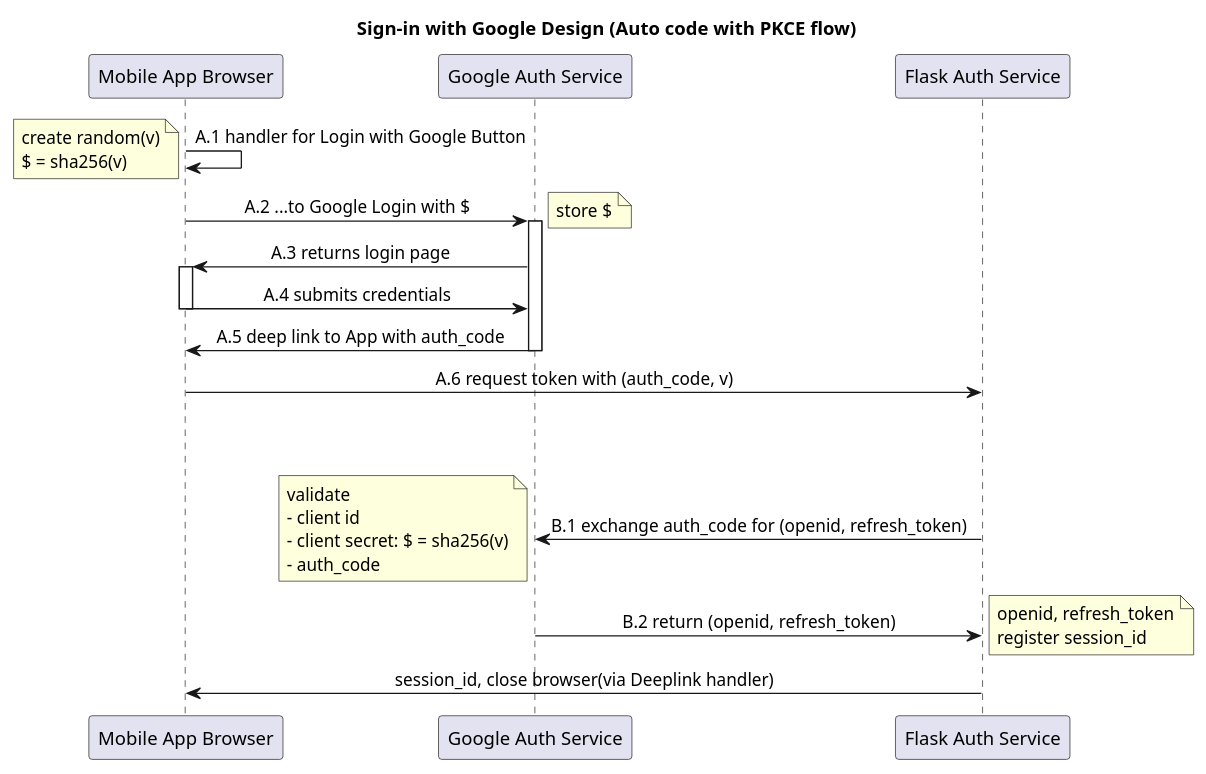
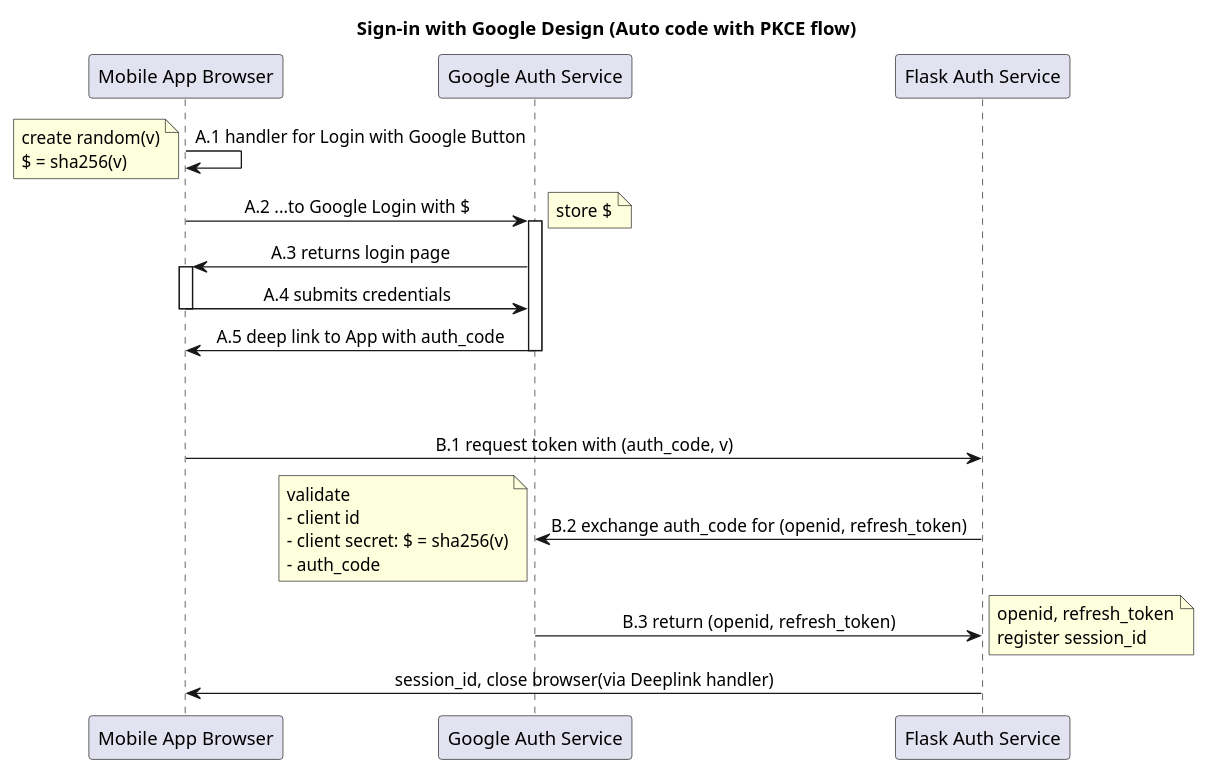
Before and after one commit to mkmojo/mkmojo.github.io: the diagram in img/user-auth-design/login-with-google.wsd, drawn with PlantUML. The commit also changed 1 other file, not shown here.

Commit message:
update OAuth OpenID Connect Diagram

```diff
--- a/img/user-auth-design/login-with-google.wsd
+++ b/img/user-auth-design/login-with-google.wsd
@@ -1,38 +1,38 @@
 @startuml
 skinparam SequenceMessageAlignment center
 
 title Sign-in with Google Design (Auto code with PKCE flow)
 "Mobile App Browser" -> "Mobile App Browser" : A.1 handler for Login with Google Button 
 note left
 create random(v)
 $ = sha256(v)
 end note
 
 "Mobile App Browser" -> "Google Auth Service": A.2 ...to Google Login with $
 activate "Google Auth Service"
 note right: store $
 "Mobile App Browser" <- "Google Auth Service": A.3 returns login page
 
 activate "Mobile App Browser"
 "Mobile App Browser" -> "Google Auth Service": A.4 submits credentials
 deactivate "Mobile App Browser"
 "Mobile App Browser" <- "Google Auth Service" : A.5 deep link to App with auth_code
 deactivate "Google Auth Service"
-"Mobile App Browser" -> "Flask Auth Service" : A.6 request token with (auth_code, v)
 |||
 |||
-"Flask Auth Service" -> "Google Auth Service": B.1 exchange auth_code for (openid, refresh_token)
+"Mobile App Browser" -> "Flask Auth Service" : B.1 request token with (auth_code, v)
+"Flask Auth Service" -> "Google Auth Service": B.2 exchange auth_code for (openid, refresh_token)
 note left
     validate 
     - client id
     - client secret: $ = sha256(v)
     - auth_code
 end note
-"Google Auth Service" -> "Flask Auth Service": B.2 return (openid, refresh_token)
+"Google Auth Service" -> "Flask Auth Service": B.3 return (openid, refresh_token)
 note right
     openid, refresh_token
     register session_id
 end note
 "Flask Auth Service" -> "Mobile App Browser": session_id, close browser(via Deeplink handler)
 
 @enduml
```
